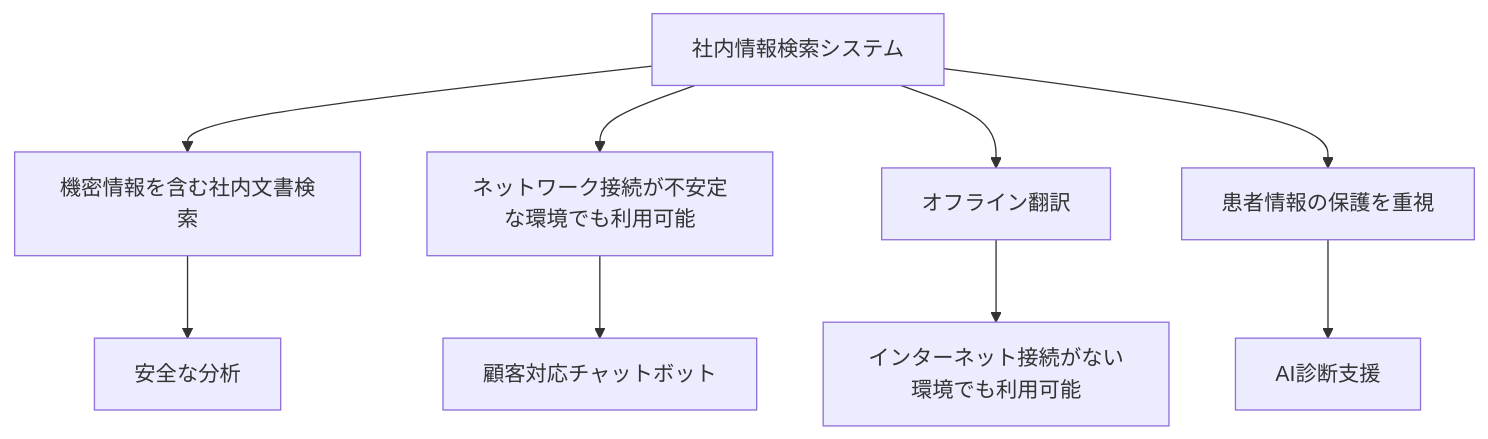
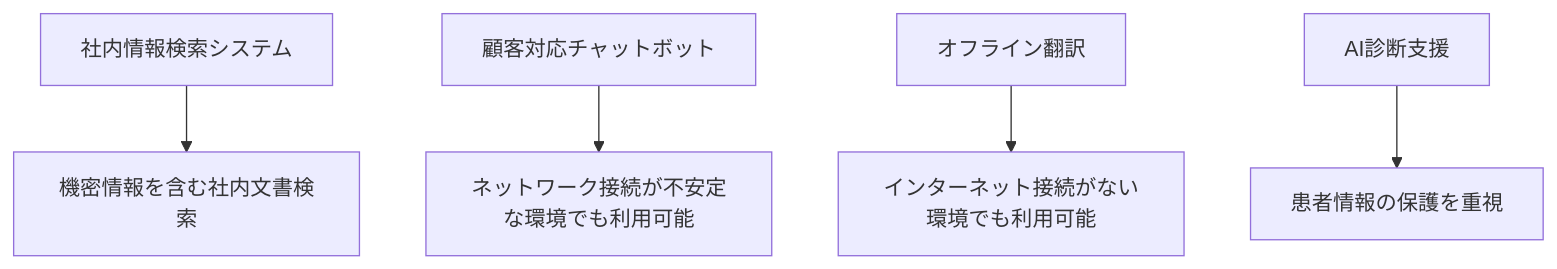
The sixth of 7 diagrams in README.md (SparklingDetergent/doc_genai_The_usefulness_of_local_LLM), drawn with Mermaid before and after one commit. The commit also changed other lines of this file, not shown here.

````diff
--- a/README.md
+++ b/README.md
@@ -150,11 +150,14 @@
 ```mermaid
 graph TD
-A[社内情報検索システム] --> B[機密情報を含む社内文書検索]
-B --> C[安全な分析]
-A --> D[ネットワーク接続が不安定な環境でも利用可能]
-D --> E[顧客対応チャットボット]
-A --> F[オフライン翻訳]
+A[社内情報検索システム]
+A --> B[機密情報を含む社内文書検索]
+
+D[顧客対応チャットボット]
+D --> E[ネットワーク接続が不安定な環境でも利用可能]
+
+F[オフライン翻訳]
 F --> G[インターネット接続がない環境でも利用可能]
-A --> H[患者情報の保護を重視]
-H --> I[AI診断支援]
+
+H[AI診断支援]
+H --> I[患者情報の保護を重視]
 ```
````
